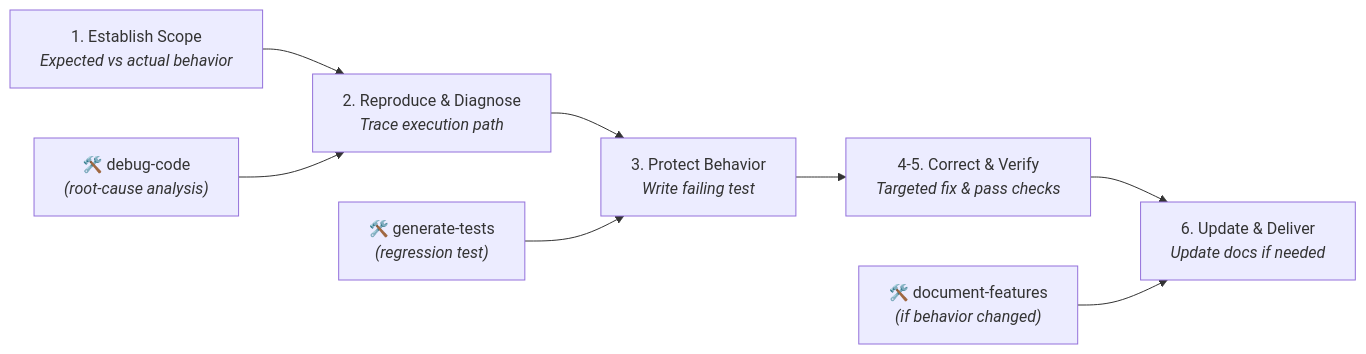
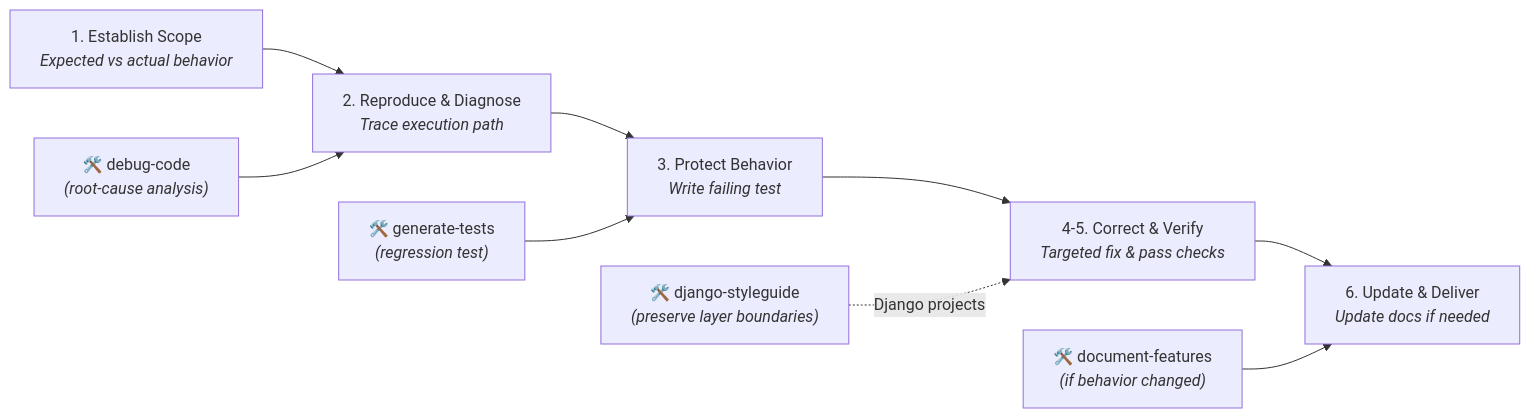
The fourth of 4 diagrams in workflows/README.md (anibalexo/ai-resources), drawn with Mermaid before and after one commit. The commit also changed other lines of this file and 21 other files, not shown here.

````diff
--- a/workflows/README.md
+++ b/workflows/README.md
@@ -96,14 +99,15 @@
 ```mermaid
 flowchart LR
     B1["1. Establish Scope<br/><i>Expected vs actual behavior</i>"]
     B2["2. Reproduce & Diagnose<br/><i>Trace execution path</i>"]
     B3["3. Protect Behavior<br/><i>Write failing test</i>"]
     B4["4-5. Correct & Verify<br/><i>Targeted fix & pass checks</i>"]
     B5["6. Update & Deliver<br/><i>Update docs if needed</i>"]
 
     B1 --> B2 --> B3 --> B4 --> B5
 
     SK_B_DBG["🛠️ debug-code<br/><i>(root-cause analysis)</i>"] --> B2
     SK_B_TEST["🛠️ generate-tests<br/><i>(regression test)</i>"] --> B3
+    SK_B_SG["🛠️ django-styleguide<br/><i>(preserve layer boundaries)</i>"] -.->|Django projects| B4
     SK_B_DOC["🛠️ document-features<br/><i>(if behavior changed)</i>"] --> B5
 ```
````
